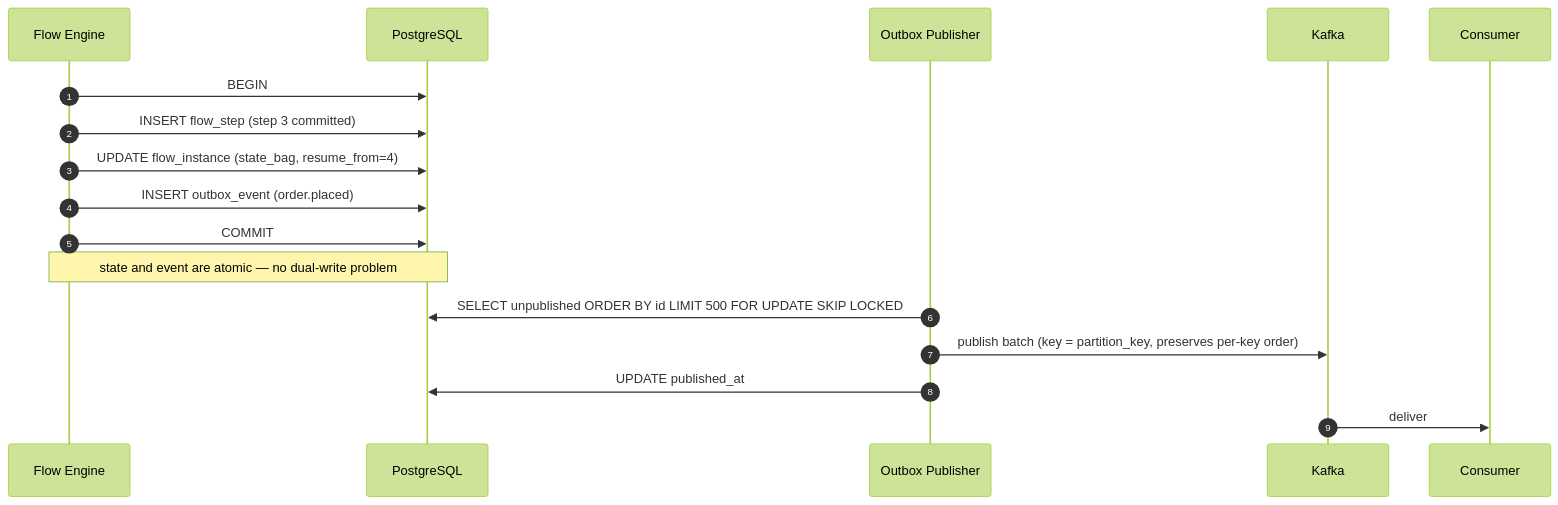
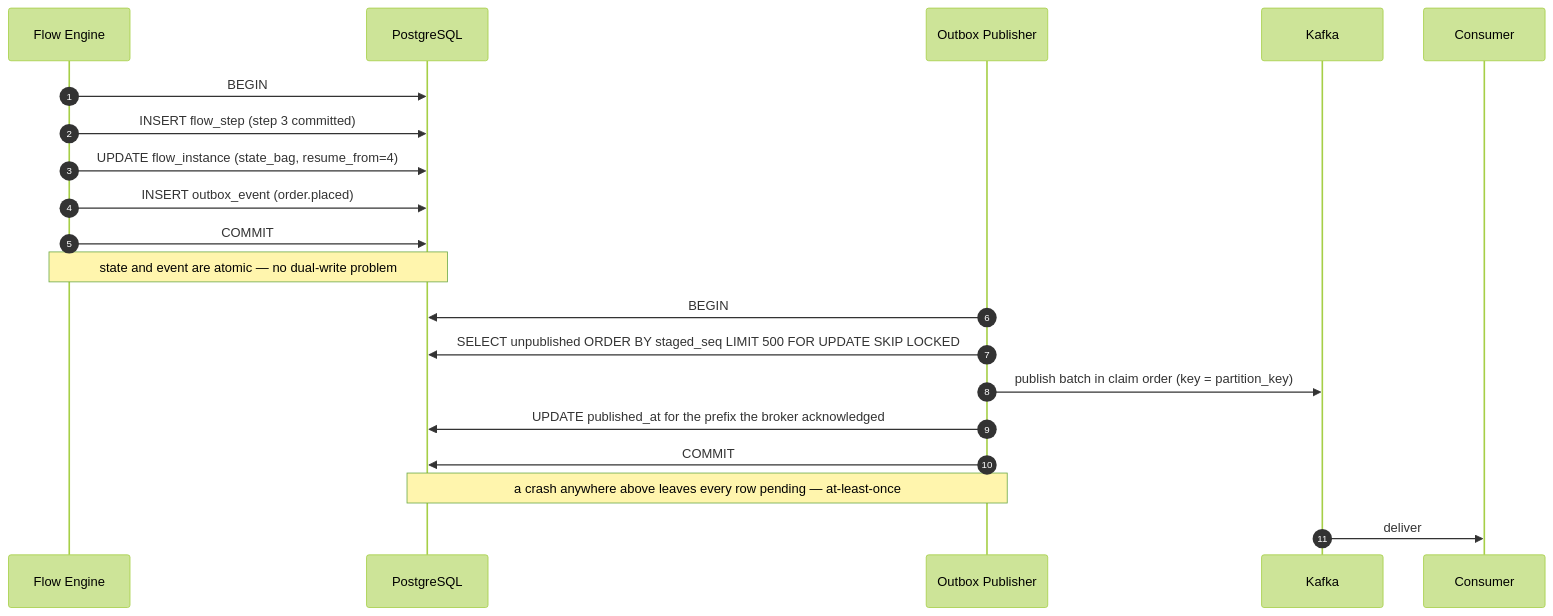
One commit to KhaiTrang1995/NexusFlow changed the fifth of 7 diagrams in docs/11-Distributed-Runtime.md. Above: the diagram before and after it, drawn with Mermaid (forest theme). The commit also changed other lines of this file and 29 other files, not shown here.

````diff
--- a/docs/11-Distributed-Runtime.md
+++ b/docs/11-Distributed-Runtime.md
@@ -367,20 +389,23 @@
 ```mermaid
 sequenceDiagram
     autonumber
     participant FE as Flow Engine
     participant DB as PostgreSQL
     participant PUB as Outbox Publisher
     participant K as Kafka
     participant C as Consumer
 
     FE->>DB: BEGIN
     FE->>DB: INSERT flow_step (step 3 committed)
     FE->>DB: UPDATE flow_instance (state_bag, resume_from=4)
     FE->>DB: INSERT outbox_event (order.placed)
     FE->>DB: COMMIT
     Note over FE,DB: state and event are atomic — no dual-write problem
-    PUB->>DB: SELECT unpublished ORDER BY id LIMIT 500 FOR UPDATE SKIP LOCKED
-    PUB->>K: publish batch (key = partition_key, preserves per-key order)
-    PUB->>DB: UPDATE published_at
+    PUB->>DB: BEGIN
+    PUB->>DB: SELECT unpublished ORDER BY staged_seq LIMIT 500 FOR UPDATE SKIP LOCKED
+    PUB->>K: publish batch in claim order (key = partition_key)
+    PUB->>DB: UPDATE published_at for the prefix the broker acknowledged
+    PUB->>DB: COMMIT
+    Note over PUB,DB: a crash anywhere above leaves every row pending — at-least-once
     K->>C: deliver
 ```
````
